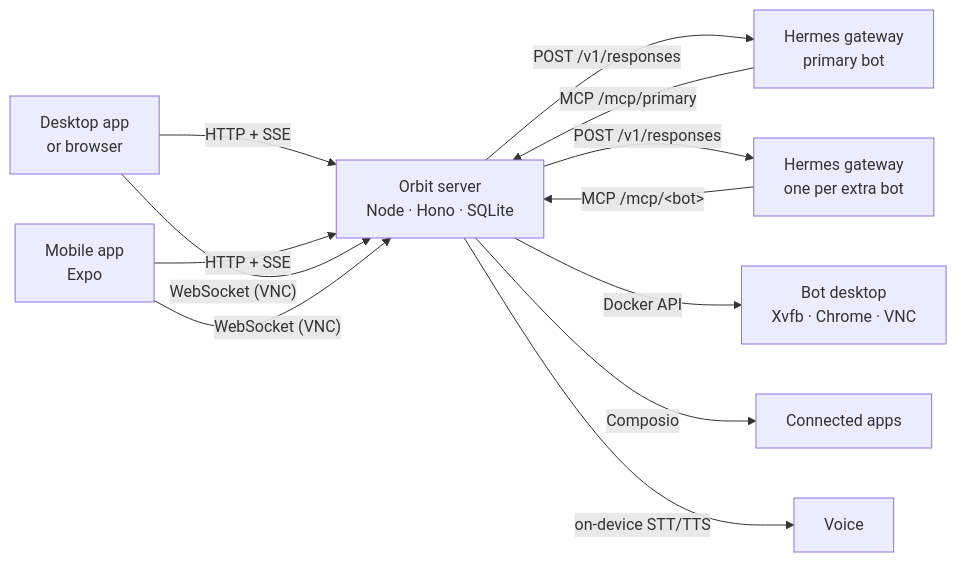
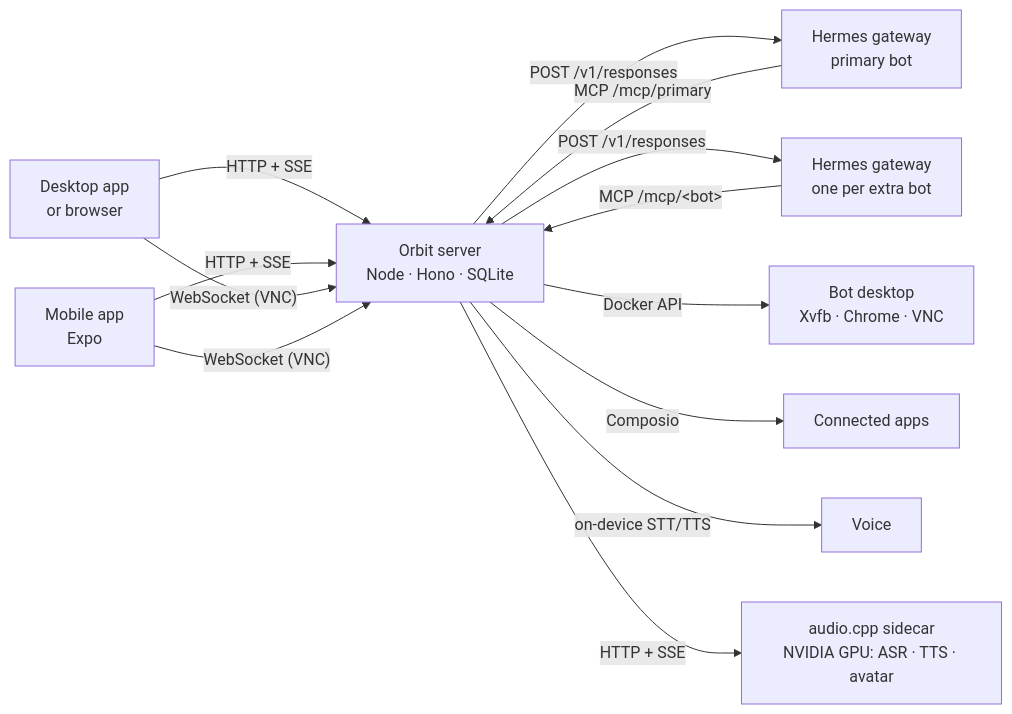
Before and after one commit to raybello/orbit: the diagram in README.md, drawn with Mermaid. The commit also changed other lines of this file and 10 other files, not shown here.

````diff
--- a/README.md
+++ b/README.md
@@ -145,14 +147,15 @@
 ```mermaid
 flowchart LR
   B["Desktop app<br/>or browser"] -- "HTTP + SSE" --> S["Orbit server<br/>Node · Hono · SQLite"]
   M["Mobile app<br/>Expo"] -- "HTTP + SSE" --> S
   B -- "WebSocket (VNC)" --> S
   M -- "WebSocket (VNC)" --> S
   S -- "POST /v1/responses" --> H1["Hermes gateway<br/>primary bot"]
   S -- "POST /v1/responses" --> H2["Hermes gateway<br/>one per extra bot"]
   H1 -- "MCP /mcp/primary" --> S
   H2 -- "MCP /mcp/&lt;bot&gt;" --> S
   S -- "Docker API" --> C1["Bot desktop<br/>Xvfb · Chrome · VNC"]
   S -- "Composio" --> A["Connected apps"]
   S -- "on-device STT/TTS" --> V["Voice"]
+  S -- "HTTP + SSE" --> G["audio.cpp sidecar<br/>NVIDIA GPU: ASR · TTS · avatar"]
 ```
````
